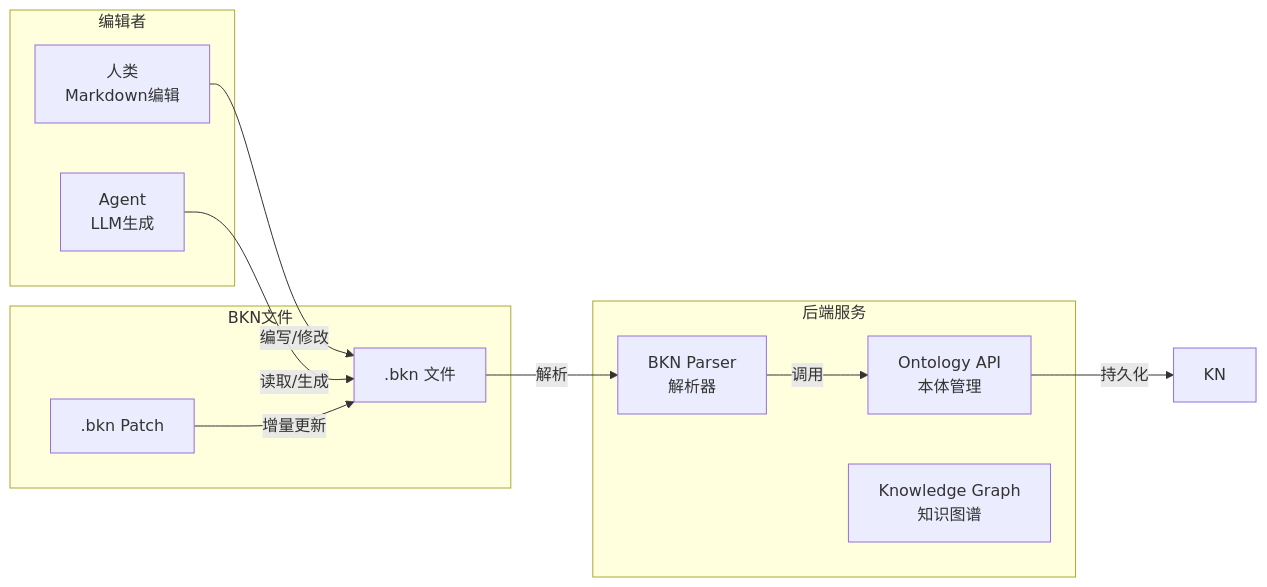
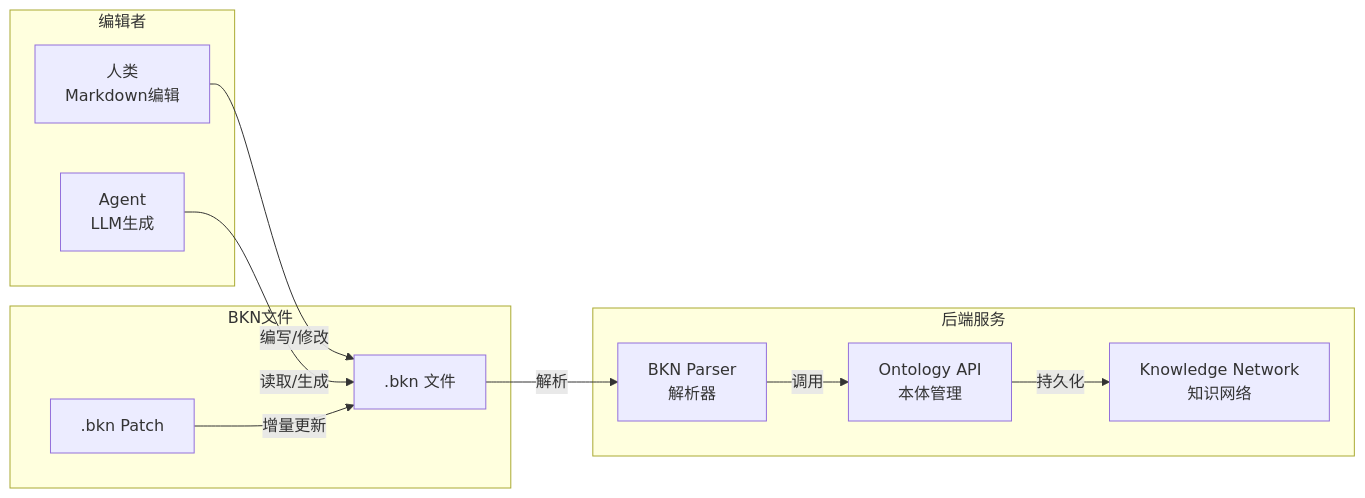
Before and after one commit to kweaver-ai/adp: the second of 6 diagrams in docs/ontology/bkn_docs/ARCHITECTURE.md, drawn with Mermaid.

Commit message:
fix(architecture): Update terminology from Knowledge Graph to Knowledge Network in documentation

````diff
--- a/docs/ontology/bkn_docs/ARCHITECTURE.md
+++ b/docs/ontology/bkn_docs/ARCHITECTURE.md
@@ -59,25 +59,25 @@
 ```mermaid
 flowchart LR
     subgraph Editors["编辑者"]
         Human["人类<br/>Markdown编辑"]
         Agent["Agent<br/>LLM生成"]
     end
     
     subgraph Files["BKN文件"]
         BKNFile[".bkn 文件"]
         Patch[".bkn Patch"]
     end
     
     subgraph Backend["后端服务"]
         Parser["BKN Parser<br/>解析器"]
         API["Ontology API<br/>本体管理"]
-        KG["Knowledge Graph<br/>知识图谱"]
+        KN["Knowledge Network<br/>知识网络"]
     end
     
     Human -->|编写/修改| BKNFile
     Agent -->|读取/生成| BKNFile
     Patch -->|增量更新| BKNFile
     BKNFile -->|解析| Parser
     Parser -->|调用| API
     API -->|持久化| KN
 ```
````
